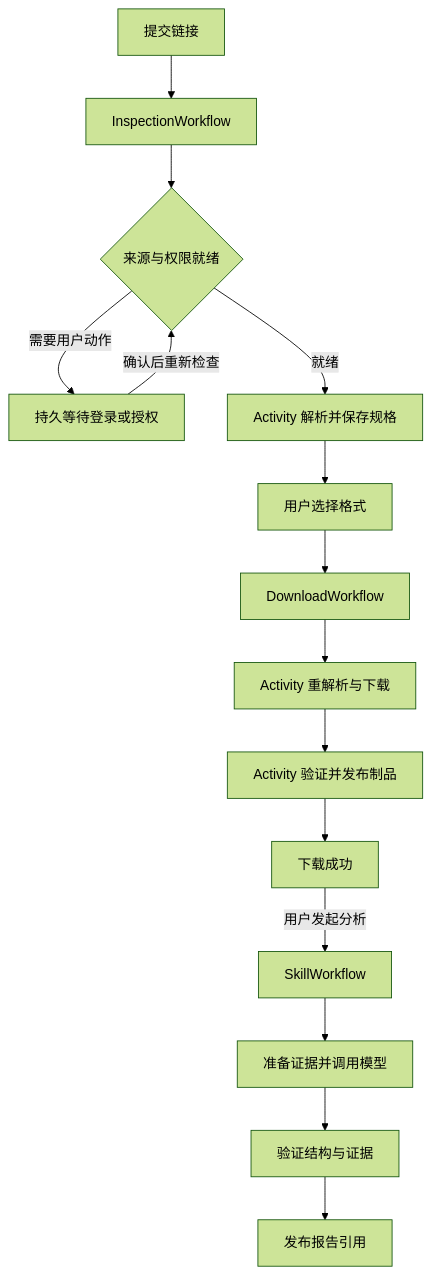
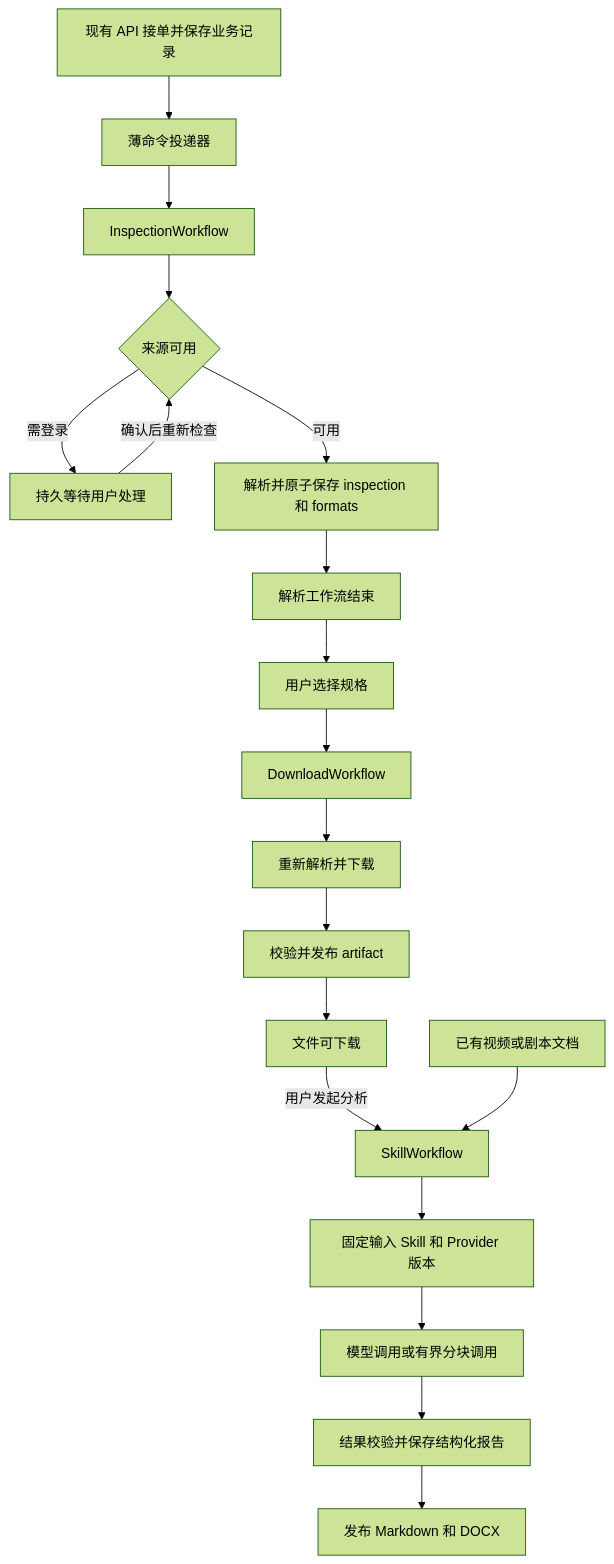
One commit to StephenQiu30/framefetch changed the diagram in docs/design/15-工作流与平台下载目标.md. Above: the diagram before and after it, drawn with Mermaid (forest theme). The commit also changed other lines of this file and 1 other file, not shown here.

First line of the commit message:
docs: 规划个人工作站 Temporal 解析与 Skill 迁移

````diff
--- a/docs/design/15-工作流与平台下载目标.md
+++ b/docs/design/15-工作流与平台下载目标.md
@@ -71,17 +81,21 @@
 ```mermaid
 flowchart TD
-  Input[提交链接] --> Inspect[InspectionWorkflow]
-  Inspect --> Source{来源与权限就绪}
-  Source -->|需要用户动作| Wait[持久等待登录或授权]
-  Wait -->|确认后重新检查| Source
-  Source -->|就绪| Resolve[Activity 解析并保存规格]
-  Resolve --> Select[用户选择格式]
+  API[现有 API 接单并保存业务记录] --> Dispatch[薄命令投递器]
+  Dispatch --> Inspect[InspectionWorkflow]
+  Inspect --> Access{来源可用}
+  Access -->|需登录| Wait[持久等待用户处理]
+  Wait -->|确认后重新检查| Access
+  Access -->|可用| Resolve[解析并原子保存 inspection 和 formats]
+  Resolve --> Ready[解析工作流结束]
+  Ready --> Select[用户选择规格]
   Select --> Download[DownloadWorkflow]
-  Download --> Fetch[Activity 重解析与下载]
-  Fetch --> Verify[Activity 验证并发布制品]
-  Verify --> Done[下载成功]
-  Done -->|用户发起分析| Skill[SkillWorkflow]
-  Skill --> Model[准备证据并调用模型]
-  Model --> Validate[验证结构与证据]
-  Validate --> Report[发布报告引用]
+  Download --> Fetch[重新解析并下载]
+  Fetch --> Verify[校验并发布 artifact]
+  Verify --> File[文件可下载]
+  File -->|用户发起分析| Skill[SkillWorkflow]
+  Existing[已有视频或剧本文档] --> Skill
+  Skill --> Prepare[固定输入 Skill 和 Provider 版本]
+  Prepare --> Call[模型调用或有界分块调用]
+  Call --> Validate[结果校验并保存结构化报告]
+  Validate --> Publish[发布 Markdown 和 DOCX]
 ```
````
